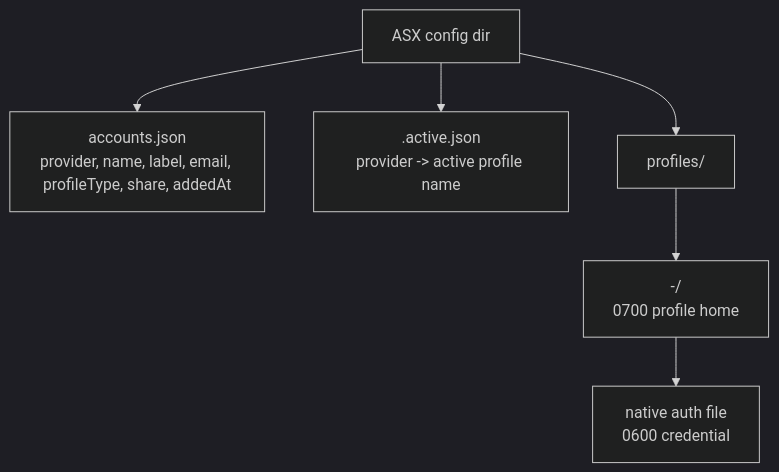
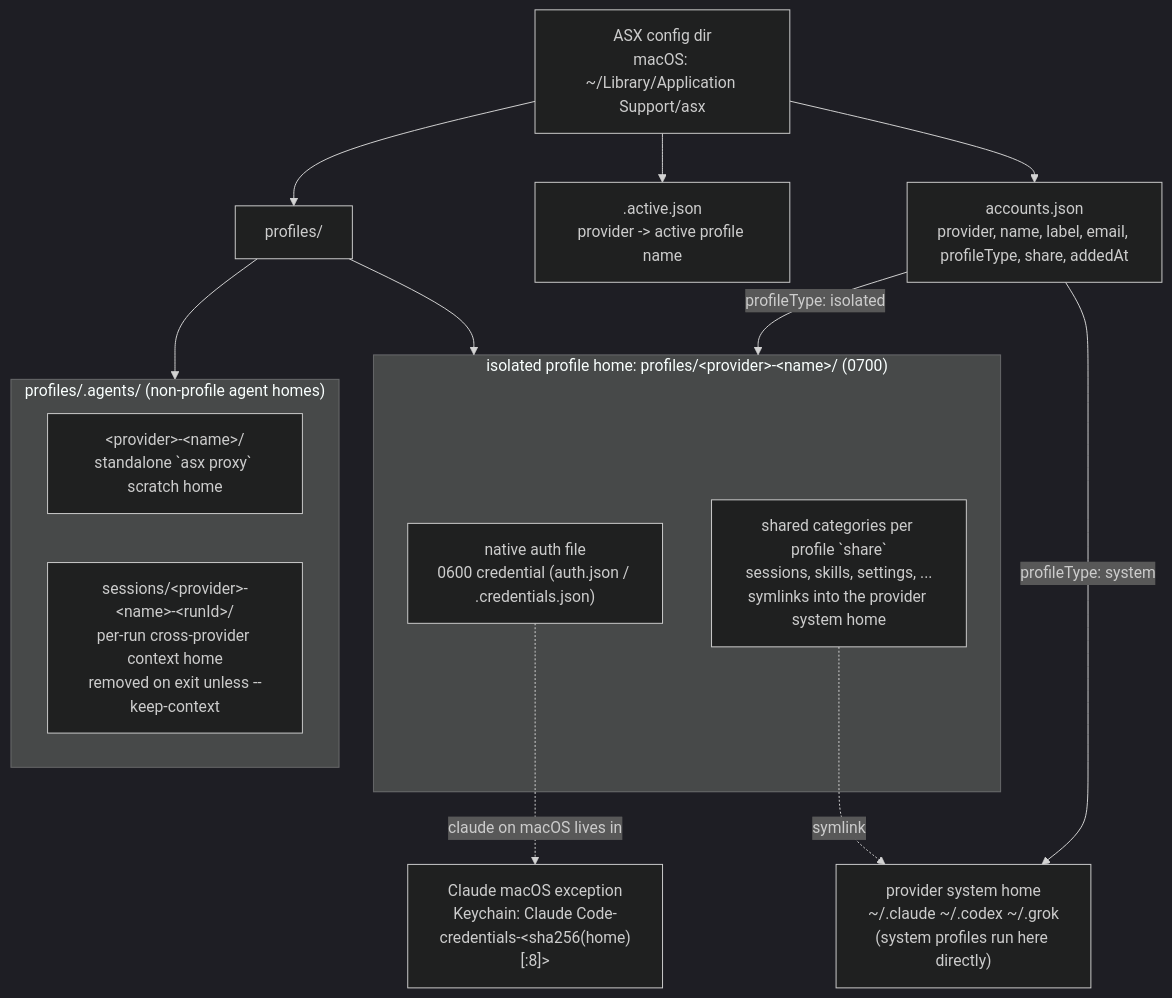
Before and after one commit to enif-lee/asx: the fourth of 9 diagrams in ARCHITECTURE.md, drawn with Mermaid (dark theme). The commit also changed other lines of this file and 1 other file, not shown here.

First line of the commit message:
docs: sync readme and architecture with current code

````diff
--- a/ARCHITECTURE.md
+++ b/ARCHITECTURE.md
@@ -101,13 +103,30 @@
 ```mermaid
 flowchart TD
-  Config["ASX config dir"]
+  Config["ASX config dir<br/>macOS: ~/Library/Application Support/asx"]
   Accounts["accounts.json<br/>provider, name, label, email, profileType, share, addedAt"]
   Active[".active.json<br/>provider -> active profile name"]
   Profiles["profiles/"]
-  ProfileHome["<provider>-<name>/<br/>0700 profile home"]
-  Credential["native auth file<br/>0600 credential"]
+
+  subgraph IsolatedHome["isolated profile home: profiles/&lt;provider&gt;-&lt;name&gt;/ (0700)"]
+    Credential["native auth file<br/>0600 credential (auth.json / .credentials.json)"]
+    SharedLinks["shared categories per profile `share`<br/>sessions, skills, settings, ...<br/>symlinks into the provider system home"]
+  end
+
+  SystemHome["provider system home<br/>~/.claude ~/.codex ~/.grok<br/>(system profiles run here directly)"]
+  Keychain["Claude macOS exception<br/>Keychain: Claude Code-credentials-&lt;sha256(home)[:8]&gt;"]
+
+  subgraph AgentsDir["profiles/.agents/ (non-profile agent homes)"]
+    Scratch["&lt;provider&gt;-&lt;name&gt;/<br/>standalone `asx proxy` scratch home"]
+    RunHome["sessions/&lt;provider&gt;-&lt;name&gt;-&lt;runId&gt;/<br/>per-run cross-provider context home<br/>removed on exit unless --keep-context"]
+  end
 
   Config --> Accounts
   Config --> Active
-  Config --> Profiles --> ProfileHome --> Credential
+  Config --> Profiles
+  Profiles --> IsolatedHome
+  Profiles --> AgentsDir
+  Accounts -- "profileType: system" --> SystemHome
+  Accounts -- "profileType: isolated" --> IsolatedHome
+  Credential -. "claude on macOS lives in" .-> Keychain
+  SharedLinks -. "symlink" .-> SystemHome
 ```
````
